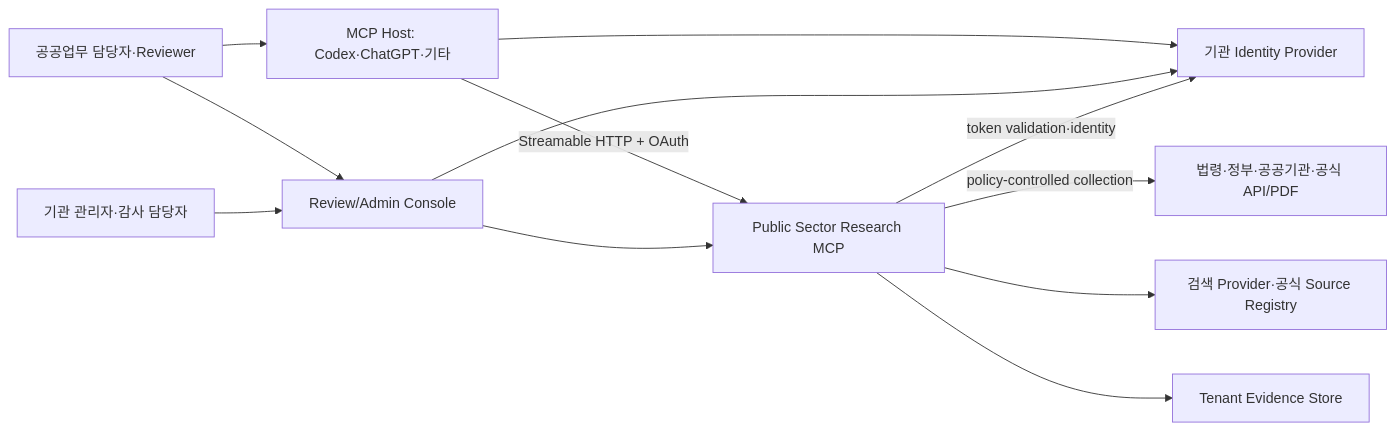
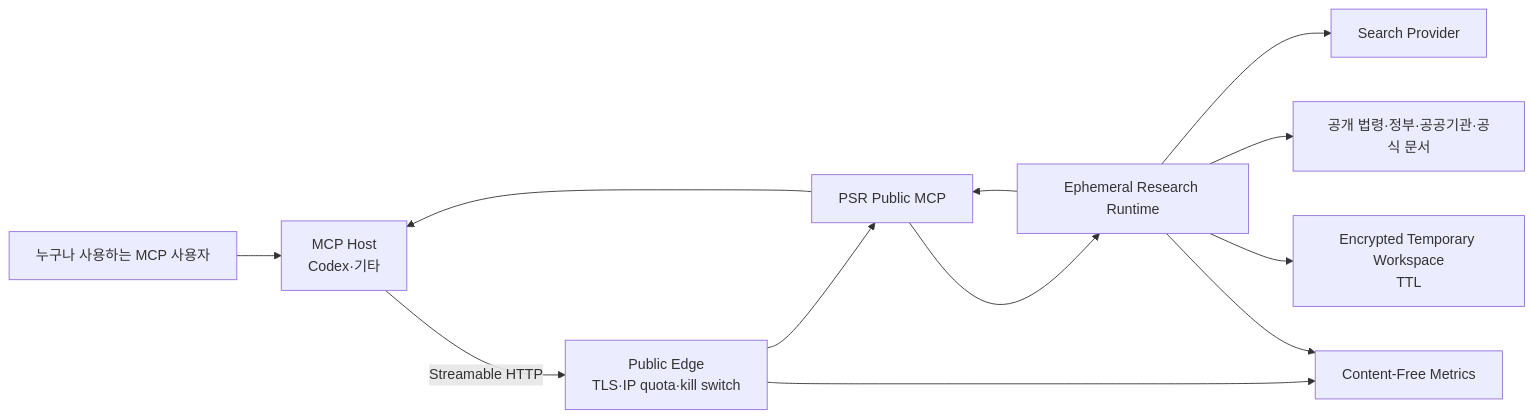
The first of 4 diagrams in docs/ARCHITECTURE.md (Kminer2053/public-sector-research-skill), drawn with Mermaid before and after one commit. The commit also changed other lines of this file and 10 other files, not shown here.

````diff
--- a/docs/ARCHITECTURE.md
+++ b/docs/ARCHITECTURE.md
@@ -96,24 +81,24 @@
 ```mermaid
 flowchart LR
-    User["공공업무 담당자·Reviewer"]
-    Admin["기관 관리자·감사 담당자"]
-    Host["MCP Host: Codex·ChatGPT·기타"]
-    IdP["기관 Identity Provider"]
-    PSR["Public Sector Research MCP"]
-    Official["법령·정부·공공기관·공식 API/PDF"]
-    Search["검색 Provider·공식 Source Registry"]
-    Storage["Tenant Evidence Store"]
-    Console["Review/Admin Console"]
+    User["누구나 사용하는 MCP 사용자"]
+    Host["MCP Host\nCodex·기타"]
+    Edge["Public Edge\nTLS·IP quota·kill switch"]
+    MCP["PSR Public MCP"]
+    Runtime["Ephemeral Research Runtime"]
+    Temp["Encrypted Temporary Workspace\nTTL"]
+    Sources["공개 법령·정부·공공기관·공식 문서"]
+    Search["Search Provider"]
+    Metrics["Content-Free Metrics"]
 
     User --> Host
-    Host -->|"Streamable HTTP + OAuth"| PSR
-    User --> Console
-    Admin --> Console
-    Host --> IdP
-    Console --> IdP
-    PSR -->|"token validation·identity"| IdP
-    PSR -->|"policy-controlled collection"| Official
-    PSR --> Search
-    PSR --> Storage
-    Console --> PSR
+    Host -->|"Streamable HTTP"| Edge
+    Edge --> MCP
+    MCP --> Runtime
+    Runtime --> Search
+    Runtime --> Sources
+    Runtime --> Temp
+    Runtime --> MCP
+    MCP --> Host
+    Edge --> Metrics
+    Runtime --> Metrics
 ```
````
